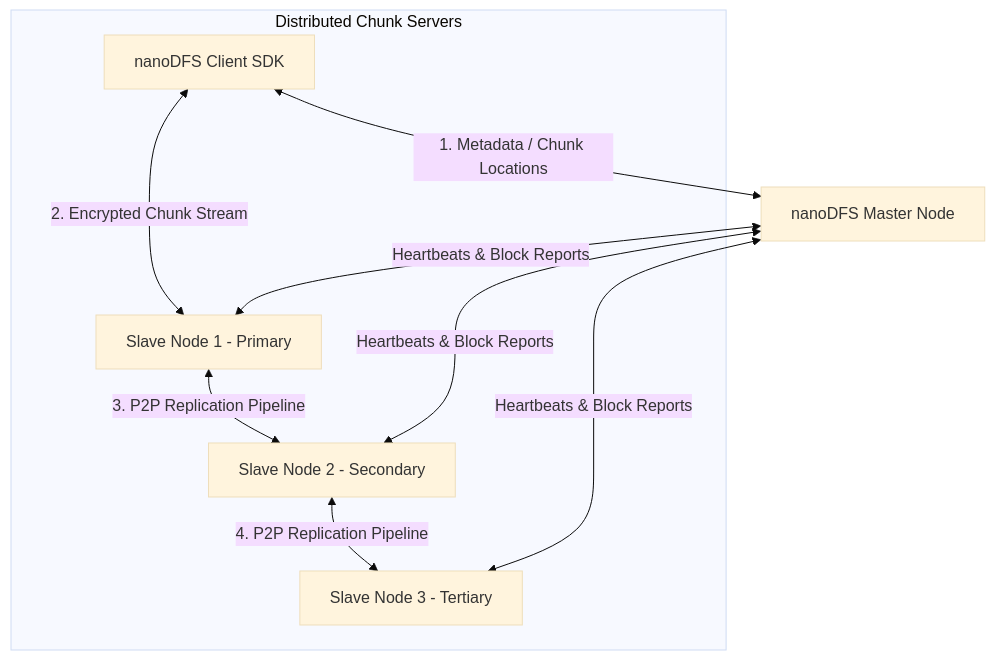
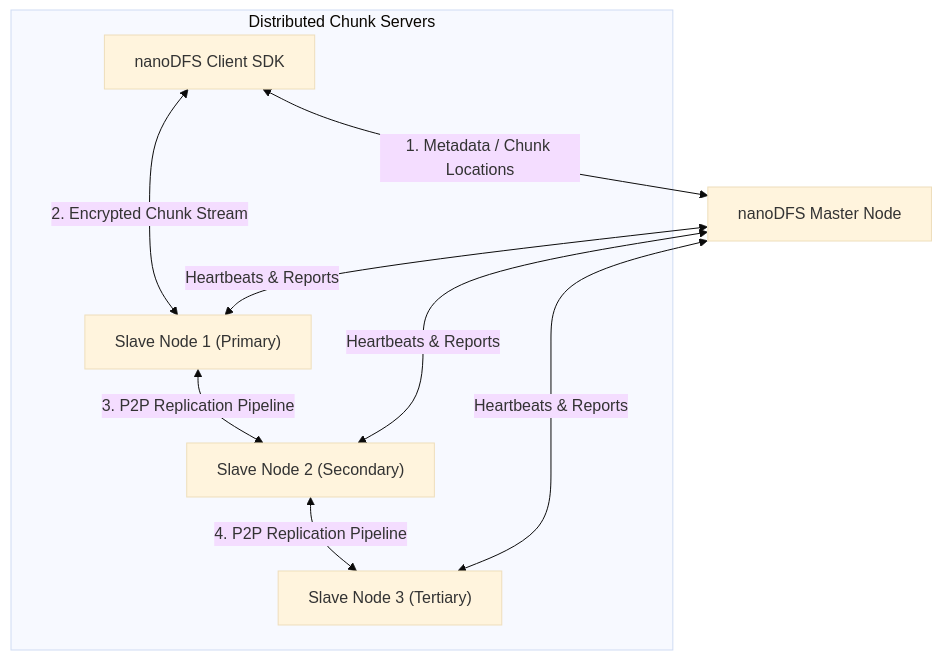
One commit to nagarajpoojari404/opennotes changed the diagram in content/projects/panda-fs.md. Above: the diagram before and after it, drawn with Mermaid (base theme). The commit also changed 9 other files, not shown here.

````diff
--- a/content/projects/panda-fs.md
+++ b/content/projects/panda-fs.md
@@ -18,14 +18,14 @@
 ```mermaid
 flowchart TD
-    Client[nanoDFS Client SDK] <-->|1. Metadata / Chunk Locations| Master[nanoDFS Master Node]
+    Client["nanoDFS Client SDK"] <-->|"1. Metadata / Chunk Locations"| Master["nanoDFS Master Node"]
     
-    subgraph StorageCluster [Distributed Chunk Servers]
-        Client <-->|2. Encrypted Chunk Stream| Chunk1[Slave Node 1 - Primary]
-        Chunk1 <-->|3. P2P Replication Pipeline| Chunk2[Slave Node 2 - Secondary]
-        Chunk2 <-->|4. P2P Replication Pipeline| Chunk3[Slave Node 3 - Tertiary]
+    subgraph StorageCluster["Distributed Chunk Servers"]
+        Client <-->|"2. Encrypted Chunk Stream"| Chunk1["Slave Node 1 (Primary)"]
+        Chunk1 <-->|"3. P2P Replication Pipeline"| Chunk2["Slave Node 2 (Secondary)"]
+        Chunk2 <-->|"4. P2P Replication Pipeline"| Chunk3["Slave Node 3 (Tertiary)"]
     end
     
-    Master <-->|Heartbeats & Block Reports| Chunk1
-    Master <-->|Heartbeats & Block Reports| Chunk2
-    Master <-->|Heartbeats & Block Reports| Chunk3
+    Master <-->|"Heartbeats & Reports"| Chunk1
+    Master <-->|"Heartbeats & Reports"| Chunk2
+    Master <-->|"Heartbeats & Reports"| Chunk3
 ```
````
